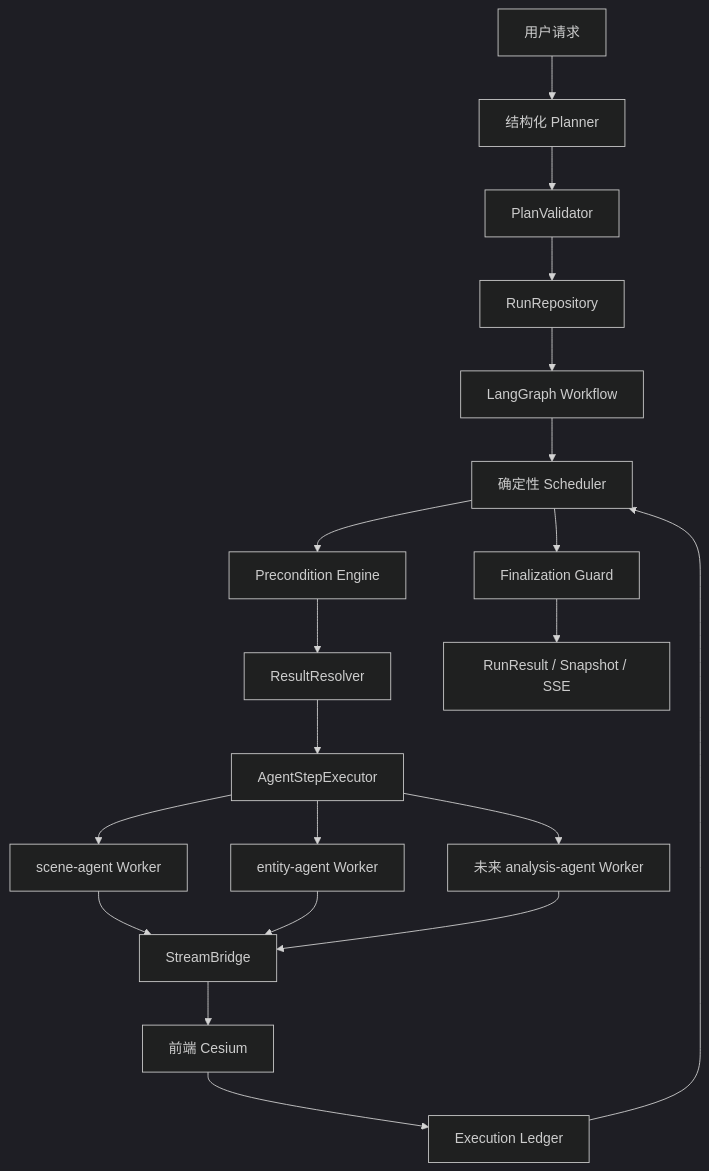
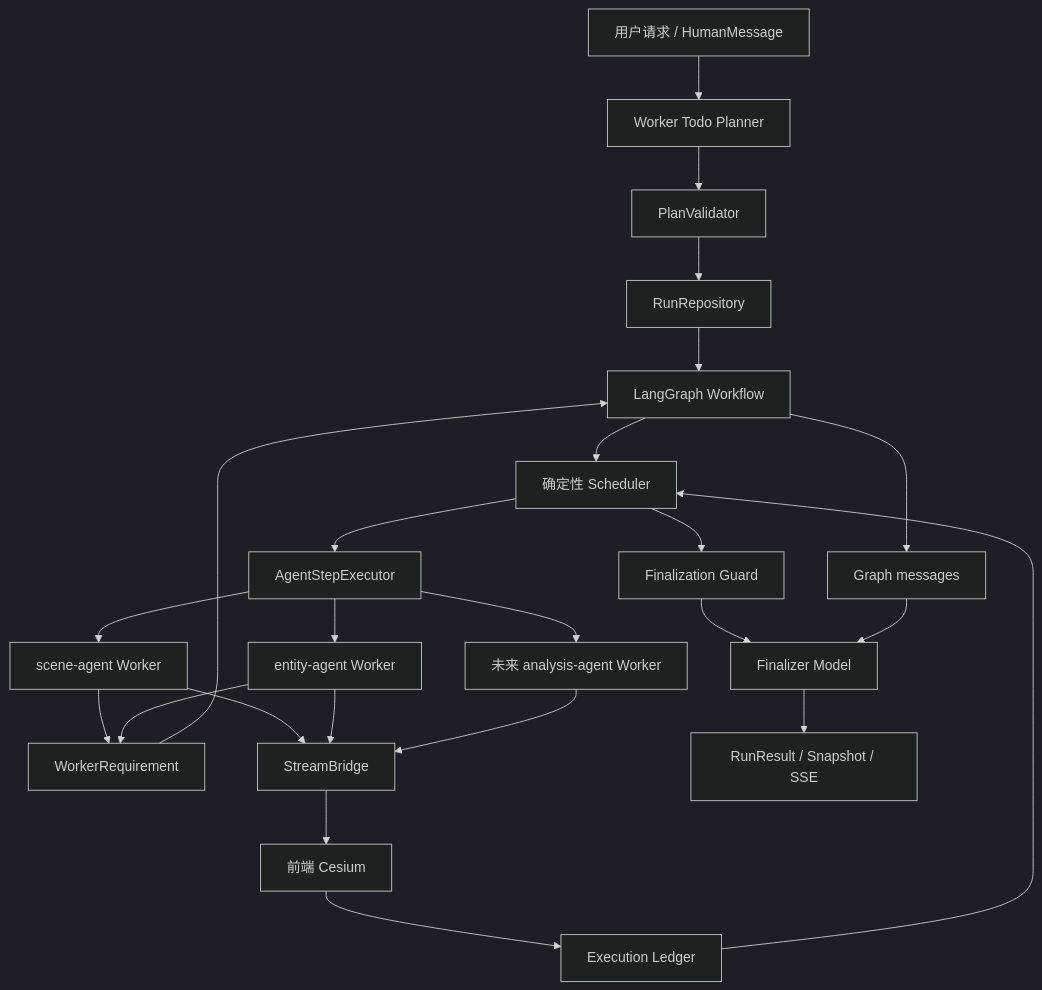
Before and after one commit to agncao/space-aiagent-v1: the first of 2 diagrams in readme/Agent内核架构白皮书.md, drawn with Mermaid (dark theme). The commit also changed other lines of this file and 35 other files, not shown here.

````diff
--- a/readme/Agent内核架构白皮书.md
+++ b/readme/Agent内核架构白皮书.md
@@ -20,22 +20,26 @@
 ```mermaid
 flowchart TD
-    U["用户请求"] --> P["结构化 Planner"]
+    U["用户请求 / HumanMessage"] --> P["Worker Todo Planner"]
     P --> V["PlanValidator"]
     V --> R["RunRepository"]
     R --> G["LangGraph Workflow"]
     G --> S["确定性 Scheduler"]
-    S --> C["Precondition Engine"]
-    C --> X["ResultResolver"]
-    X --> E["AgentStepExecutor"]
+    S --> E["AgentStepExecutor"]
     E --> SW["scene-agent Worker"]
     E --> EW["entity-agent Worker"]
     E --> AW["未来 analysis-agent Worker"]
+    SW --> REQ["WorkerRequirement"]
+    EW --> REQ
+    REQ --> G
     SW --> B["StreamBridge"]
     EW --> B
     AW --> B
     B --> UI["前端 Cesium"]
     UI --> L["Execution Ledger"]
     L --> S
     S --> F["Finalization Guard"]
-    F --> O["RunResult / Snapshot / SSE"]
+    F --> FM["Finalizer Model"]
+    G --> M["Graph messages"]
+    M --> FM
+    FM --> O["RunResult / Snapshot / SSE"]
 ```
````
